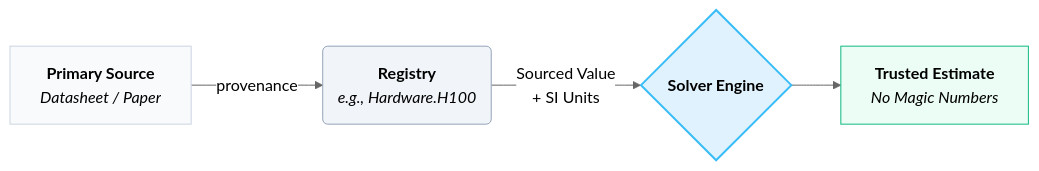
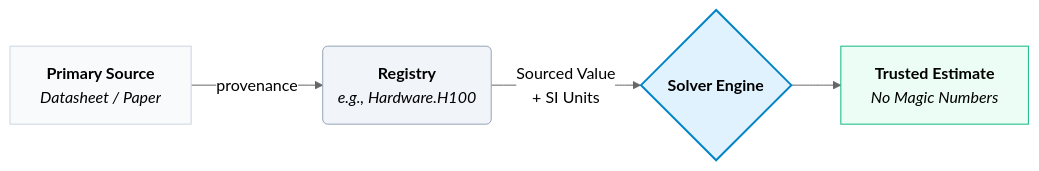
The first of 2 diagrams in mlsysim/docs/philosophy.qmd (Mu-L/cs249r_book), drawn with Mermaid before and after one commit. The commit also changed other lines of this file and 3 other files, not shown here.

First line of the commit message:
docs: standardize Mermaid diagram accent colors to match site brand

````diff
--- a/mlsysim/docs/philosophy.qmd
+++ b/mlsysim/docs/philosophy.qmd
@@ -22,12 +22,12 @@
 ```{mermaid}
 %%{init: {'theme': 'neutral'}}%%
 flowchart LR
     A[<b>Primary Source</b><br/><i>Datasheet / Paper</i>] -->|provenance| B(<b>Registry</b><br/><i>e.g., Hardware.H100</i>)
     B -->|Sourced Value<br/>+ SI Units| C{<b>Solver Engine</b>}
     C --> D[<b>Trusted Estimate</b><br/><i>No Magic Numbers</i>]
 
     style A fill:#f8fafc,stroke:#cbd5e1
     style B fill:#f1f5f9,stroke:#94a3b8
-    style C fill:#e0f2fe,stroke:#38bdf8,stroke-width:2px
+    style C fill:#e0f2fe,stroke:#0284c7,stroke-width:2px
     style D fill:#ecfdf5,stroke:#10b981
 ```
````
